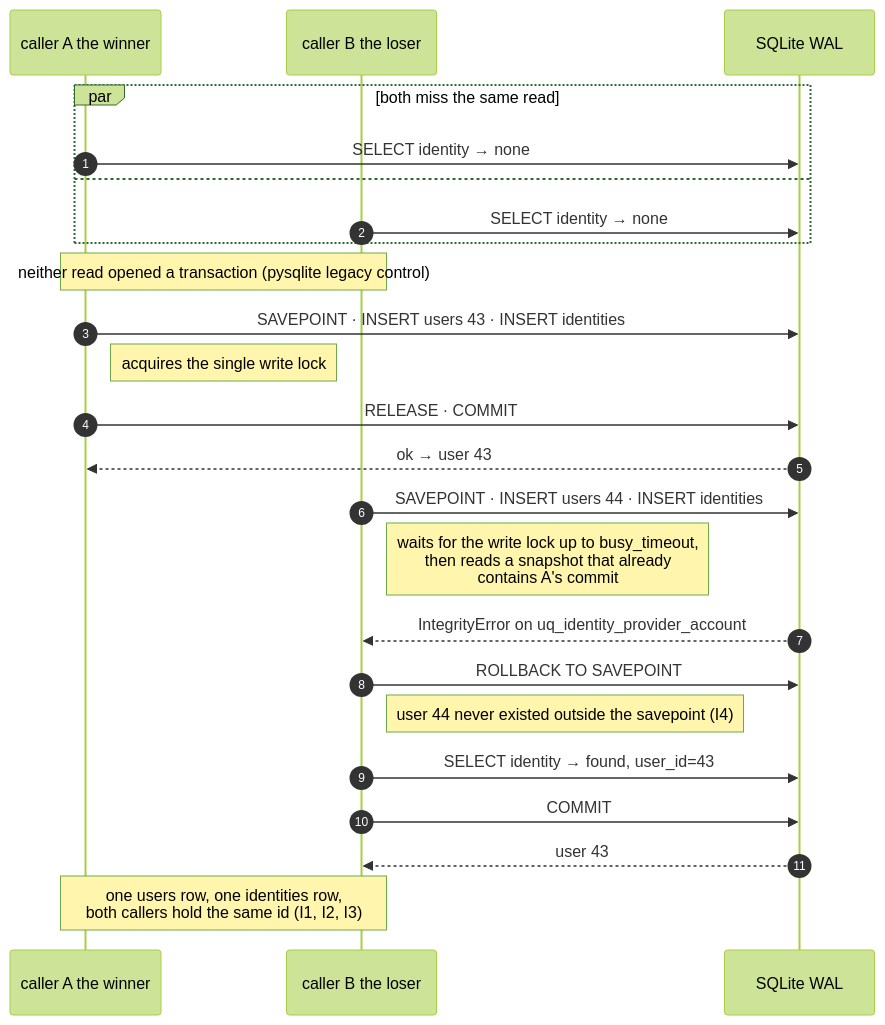
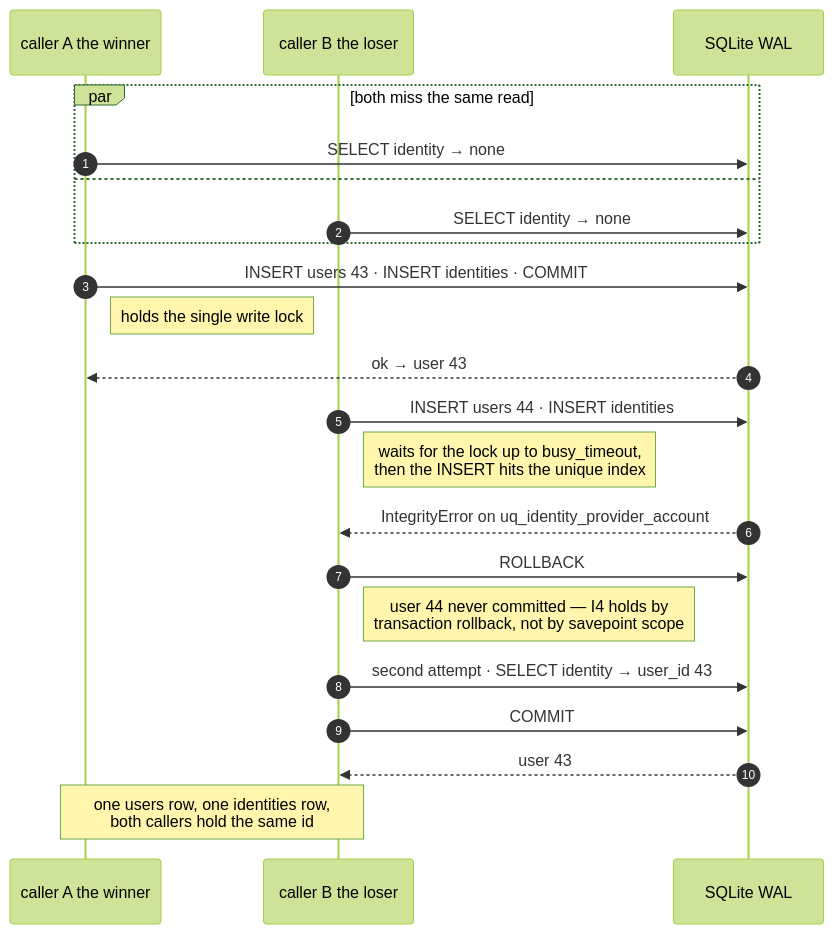
The second of 3 diagrams in docs/IDENTITY_UPSERT_CONCURRENCY.md (greenwichg/random_walks_with_erasure), drawn with Mermaid (forest theme) before and after one commit. The commit also changed other lines of this file and 1 other file, not shown here.

````diff
--- a/docs/IDENTITY_UPSERT_CONCURRENCY.md
+++ b/docs/IDENTITY_UPSERT_CONCURRENCY.md
@@ -206,31 +222,28 @@
 ```mermaid
 sequenceDiagram
     autonumber
     participant T1 as caller A the winner
     participant T2 as caller B the loser
     participant DB as SQLite WAL
 
     par both miss the same read
         T1->>DB: SELECT identity → none
     and
         T2->>DB: SELECT identity → none
     end
 
-    Note over T1,T2: neither read opened a transaction (pysqlite legacy control)
-
-    T1->>DB: SAVEPOINT · INSERT users 43 · INSERT identities
-    Note right of T1: acquires the single write lock
-    T1->>DB: RELEASE · COMMIT
+    T1->>DB: INSERT users 43 · INSERT identities · COMMIT
+    Note right of T1: holds the single write lock
     DB-->>T1: ok → user 43
 
-    T2->>DB: SAVEPOINT · INSERT users 44 · INSERT identities
-    Note right of T2: waits for the write lock up to busy_timeout,<br/>then reads a snapshot that already<br/>contains A's commit
+    T2->>DB: INSERT users 44 · INSERT identities
+    Note right of T2: waits for the lock up to busy_timeout,<br/>then the INSERT hits the unique index
     DB-->>T2: IntegrityError on uq_identity_provider_account
-    T2->>DB: ROLLBACK TO SAVEPOINT
-    Note right of T2: user 44 never existed outside the savepoint (I4)
-    T2->>DB: SELECT identity → found, user_id=43
+    T2->>DB: ROLLBACK
+    Note right of T2: user 44 never committed — I4 holds by<br/>transaction rollback, not by savepoint scope
+    T2->>DB: second attempt · SELECT identity → user_id 43
     T2->>DB: COMMIT
     DB-->>T2: user 43
 
-    Note over T1,T2: one users row, one identities row,<br/>both callers hold the same id (I1, I2, I3)
+    Note over T1,T2: one users row, one identities row,<br/>both callers hold the same id
 ```
````
